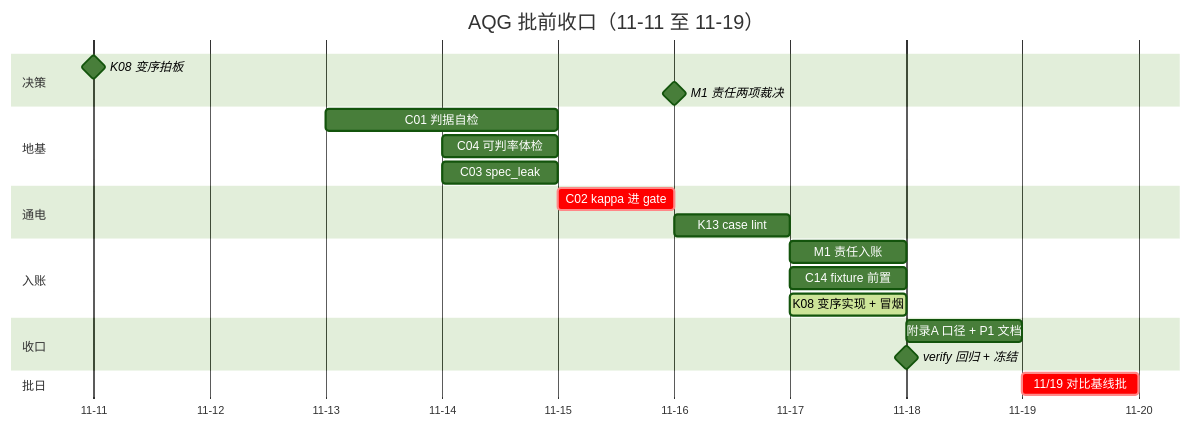
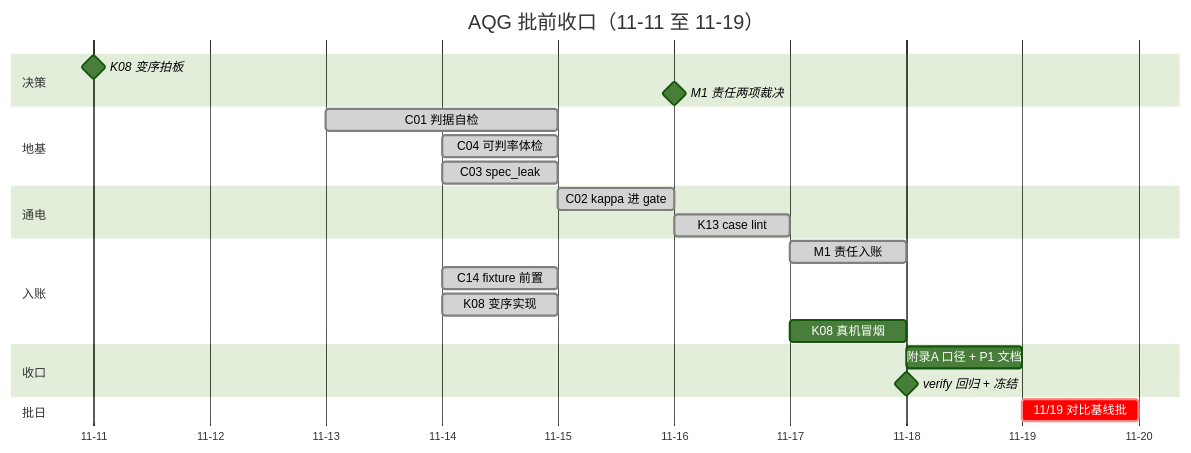
The diagram in docs/priority-2026q4/01-每日排期.md (xuanluo111/Agent-Quality-Gate), drawn with Mermaid (forest theme) before and after one commit. The commit also changed other lines of this file and 33 other files, not shown here.

````diff
--- a/docs/priority-2026q4/01-每日排期.md
+++ b/docs/priority-2026q4/01-每日排期.md
@@ -90,26 +117,27 @@
 ```mermaid
 gantt
     title AQG 批前收口（11-11 至 11-19）
     dateFormat YYYY-MM-DD
     axisFormat %m-%d
     todayMarker off
     section 决策
     K08 变序拍板          :milestone, k08, 2026-11-11, 0d
     M1 责任两项裁决       :milestone, m1d, 2026-11-16, 0d
     section 地基
-    C01 判据自检          :c01, 2026-11-13, 2d
-    C04 可判率体检        :c04, 2026-11-14, 1d
-    C03 spec_leak        :c03, 2026-11-14, 1d
+    C01 判据自检          :done, c01, 2026-11-13, 2d
+    C04 可判率体检        :done, c04, 2026-11-14, 1d
+    C03 spec_leak        :done, c03, 2026-11-14, 1d
     section 通电
-    C02 kappa 进 gate    :crit, c02, 2026-11-15, 1d
-    K13 case lint        :k13, 2026-11-16, 1d
+    C02 kappa 进 gate    :done, c02, 2026-11-15, 1d
+    K13 case lint        :done, k13, 2026-11-16, 1d
     section 入账
-    M1 责任入账          :m1, 2026-11-17, 1d
-    C14 fixture 前置     :c14, 2026-11-17, 1d
-    K08 变序实现 + 冒烟    :active, k08i, 2026-11-17, 1d
+    M1 责任入账          :done, m1, 2026-11-17, 1d
+    C14 fixture 前置     :done, c14, 2026-11-14, 1d
+    K08 变序实现           :done, k08i, 2026-11-14, 1d
+    K08 真机冒烟           :k08s, 2026-11-17, 1d
     section 收口
     附录A 口径 + P1 文档 :p1, 2026-11-18, 1d
     verify 回归 + 冻结   :milestone, frz, 2026-11-18, 0d
     section 批日
     11/19 对比基线批     :crit, bat, 2026-11-19, 1d
 ```
````
